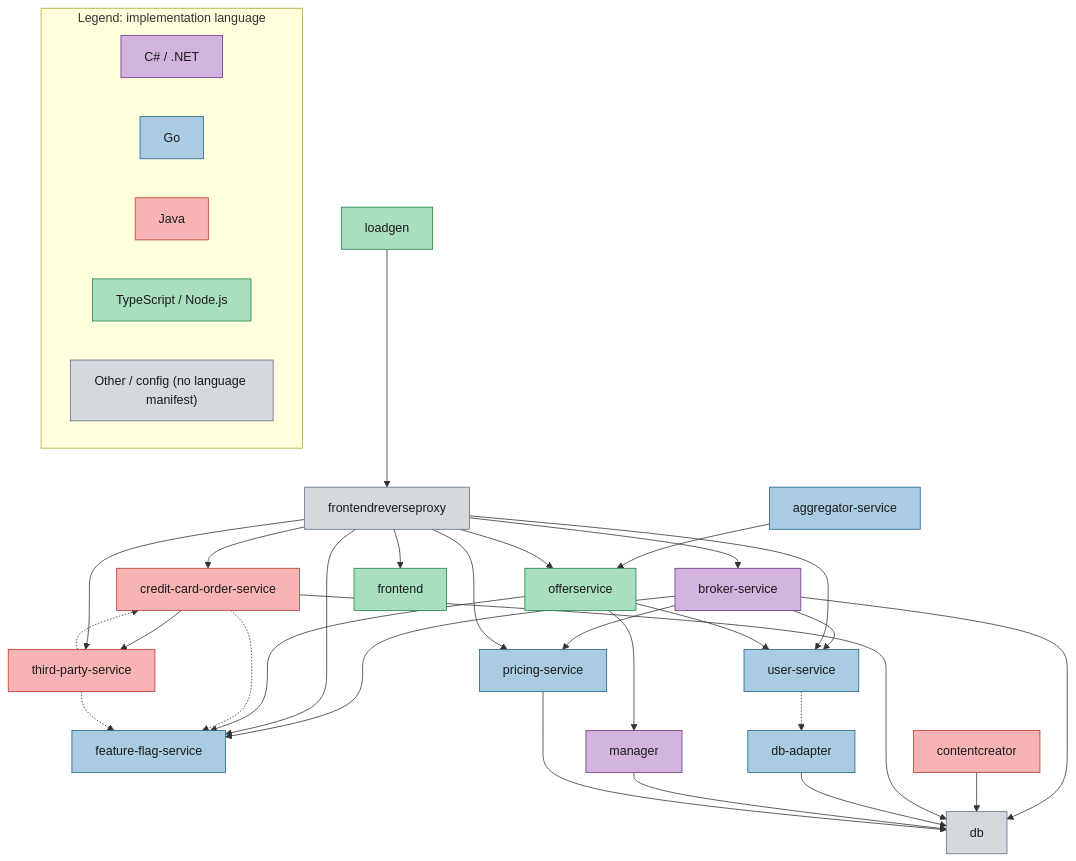
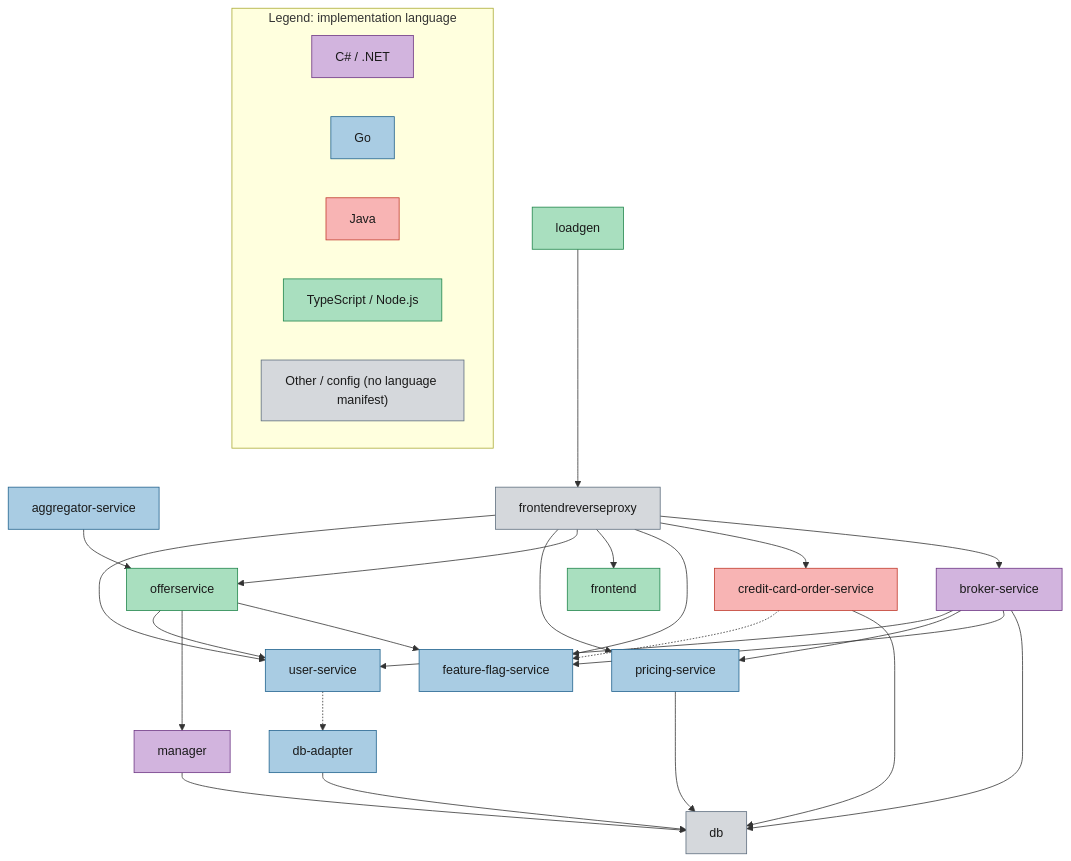
One commit to Dynatrace/easytrade changed the diagram in README.md. Above: the diagram before and after it, drawn with Mermaid. The commit also changed other lines of this file and 8 other files, not shown here.

First line of the commit message:
chore: remove contentcreator and third-party-service references

````diff
--- a/README.md
+++ b/README.md
@@ -14,53 +14,48 @@
 ```mermaid
 flowchart TD
     aggregator-service --> offerservice
     broker-service --> db
     broker-service --> feature-flag-service
     broker-service --> pricing-service
     broker-service --> user-service
-    contentcreator --> db
     credit-card-order-service --> db
-    credit-card-order-service --> third-party-service
     db-adapter --> db
     frontendreverseproxy --> broker-service
     frontendreverseproxy --> credit-card-order-service
     frontendreverseproxy --> feature-flag-service
     frontendreverseproxy --> frontend
     frontendreverseproxy --> offerservice
     frontendreverseproxy --> pricing-service
-    frontendreverseproxy --> third-party-service
     frontendreverseproxy --> user-service
     loadgen --> frontendreverseproxy
     manager --> db
     offerservice --> feature-flag-service
     offerservice --> manager
     offerservice --> user-service
     pricing-service --> db
     credit-card-order-service -.-> feature-flag-service
-    third-party-service -.-> credit-card-order-service
-    third-party-service -.-> feature-flag-service
     user-service -.-> db-adapter
 
     class broker-service,manager dotnet
     class aggregator-service,db-adapter,feature-flag-service,pricing-service,user-service go
     class problem-operator goOffCompose
-    class contentcreator,credit-card-order-service,third-party-service java
+    class credit-card-order-service java
     class frontend,loadgen,offerservice node
     class db,frontendreverseproxy other
 
     classDef dotnet fill:#d2b4de,stroke:#6c3483,color:#1a1a1a,stroke-width:1px
     classDef go fill:#a9cce3,stroke:#1f618d,color:#1a1a1a,stroke-width:1px
     classDef java fill:#f8b4b4,stroke:#c0392b,color:#1a1a1a,stroke-width:1px
     classDef node fill:#a9dfbf,stroke:#1e8449,color:#1a1a1a,stroke-width:1px
     classDef other fill:#d5d8dc,stroke:#5d6d7e,color:#1a1a1a,stroke-width:1px
     classDef goOffCompose fill:#a9cce3,stroke:#1f618d,color:#1a1a1a,stroke-width:1px,stroke-dasharray:5 5
 
     subgraph Legend[Legend: implementation language]
         direction LR
         legend_dotnet["C# / .NET"]:::dotnet
         legend_go["Go"]:::go
         legend_java["Java"]:::java
         legend_node["TypeScript / Node.js"]:::node
         legend_other["Other / config (no language manifest)"]:::other
     end
 ```
````
